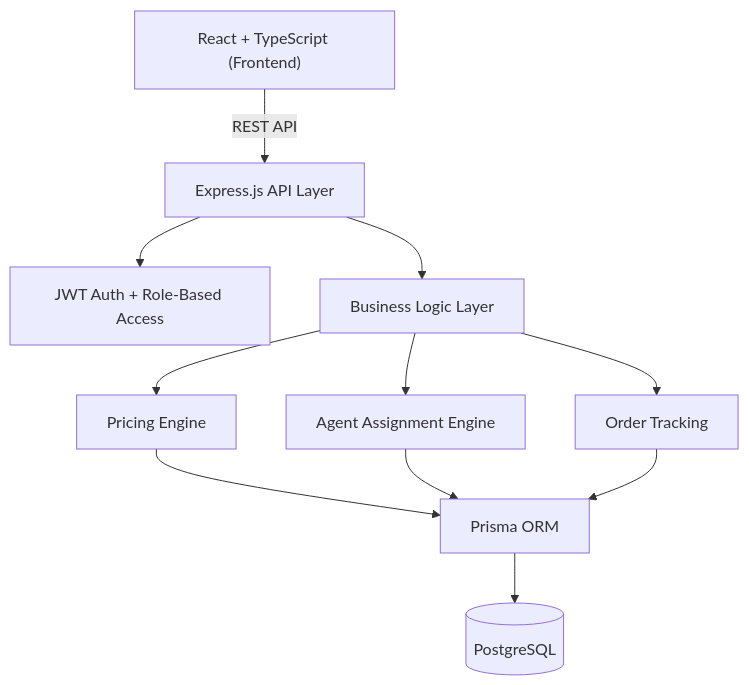
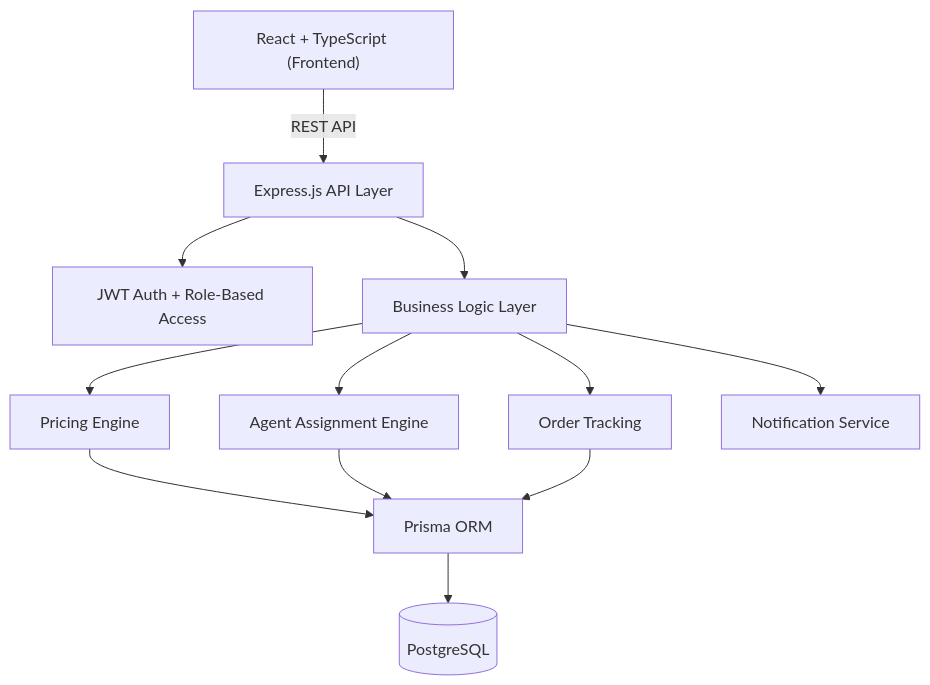
The first of 5 diagrams in README.md (pruthvimotade/Unthinkable-updated-project), drawn with Mermaid before and after one commit. The commit also changed other lines of this file, not shown here.

````diff
--- a/README.md
+++ b/README.md
@@ -88,13 +100,14 @@
 ```mermaid
 flowchart TD
     UI["React + TypeScript (Frontend)"] -->|REST API| API["Express.js API Layer"]
     API --> AUTH["JWT Auth + Role-Based Access"]
     API --> BIZ["Business Logic Layer"]
     BIZ --> PRICING["Pricing Engine"]
     BIZ --> ASSIGN["Agent Assignment Engine"]
     BIZ --> TRACK["Order Tracking"]
+    BIZ --> NOTIF["Notification Service"]
     PRICING --> ORM["Prisma ORM"]
     ASSIGN --> ORM
     TRACK --> ORM
     ORM --> DB[("PostgreSQL")]
 ```
````
